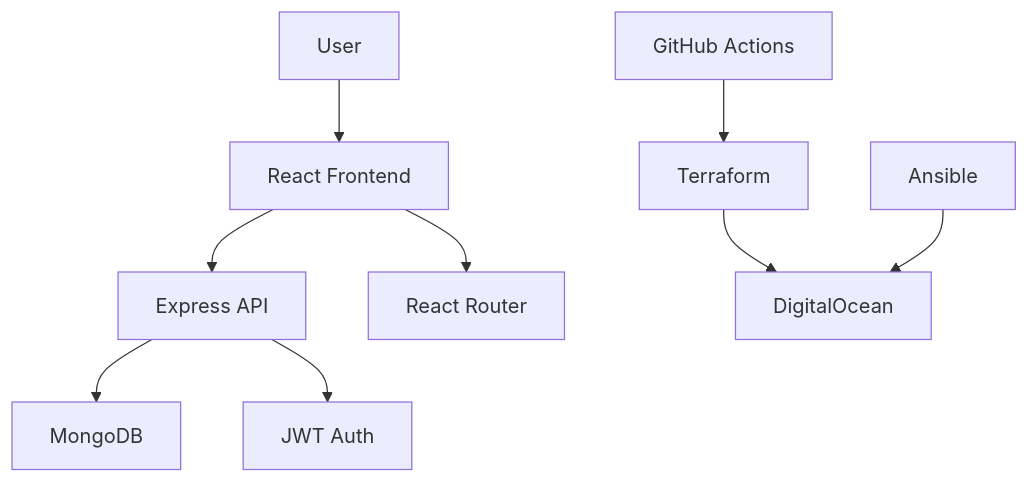
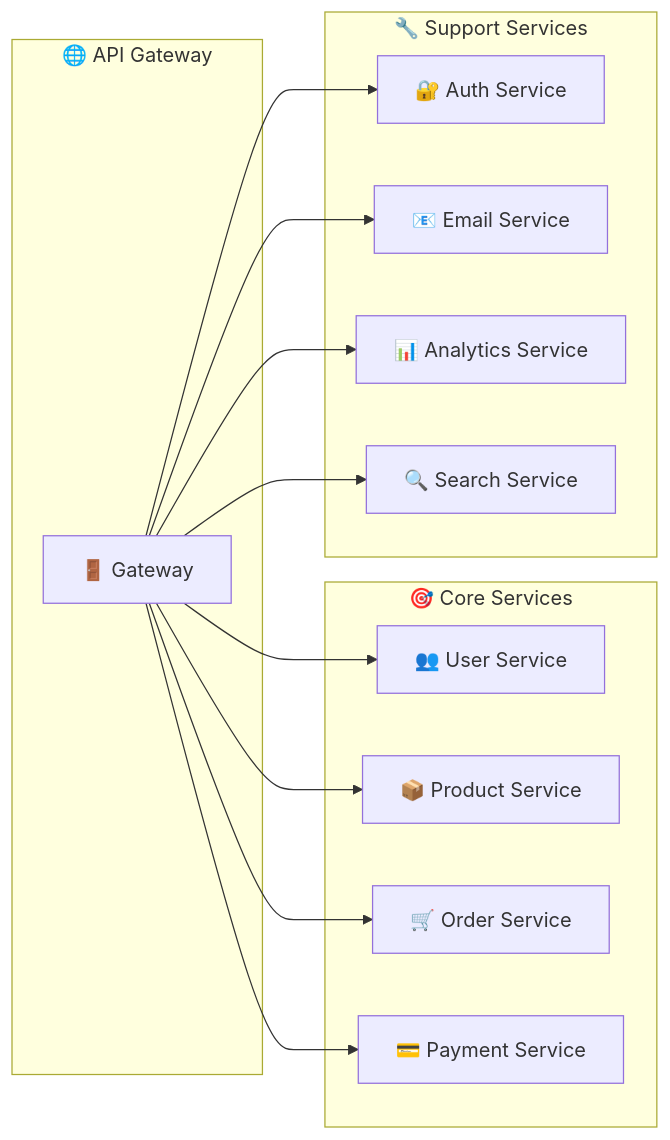
One commit to Shakeelkhuhro/ExampleCorp-Ecommerce changed the third of 3 diagrams in README.md. Above: the diagram before and after it, drawn with Mermaid. The commit also changed other lines of this file, not shown here.

Commit message:
README.md Architecture improved updated

````diff
--- a/README.md
+++ b/README.md
@@ -48,11 +143,29 @@
 ```mermaid
-graph TB
-    A[User] --> B[React Frontend]
-    B --> C[Express API]
-    C --> D[MongoDB]
-    C --> E[JWT Auth]
-    B --> F[React Router]
-    G[GitHub Actions] --> H[Terraform]
-    H --> I[DigitalOcean]
-    J[Ansible] --> I
+graph LR
+    subgraph "🎯 Core Services"
+        A1[👥 User Service]
+        A2[📦 Product Service]
+        A3[🛒 Order Service]
+        A4[💳 Payment Service]
+    end
+    
+    subgraph "🔧 Support Services"
+        B1[🔐 Auth Service]
+        B2[📧 Email Service]
+        B3[📊 Analytics Service]
+        B4[🔍 Search Service]
+    end
+    
+    subgraph "🌐 API Gateway"
+        C[🚪 Gateway]
+    end
+    
+    C --> A1
+    C --> A2
+    C --> A3
+    C --> A4
+    C --> B1
+    C --> B2
+    C --> B3
+    C --> B4
 ```
````
